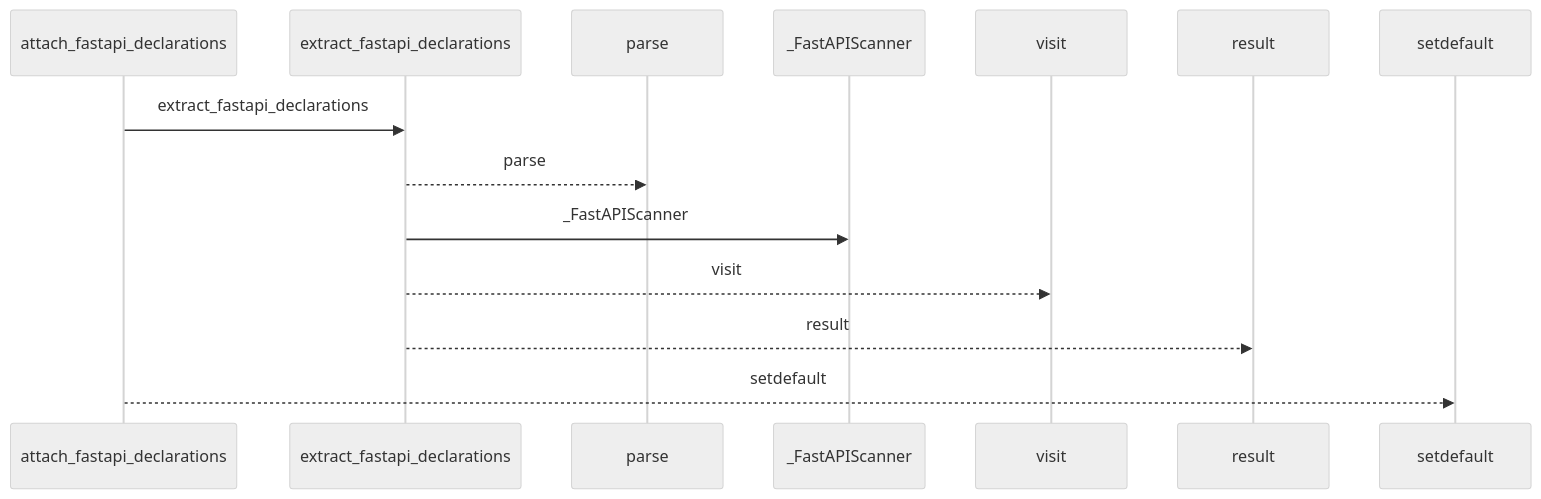
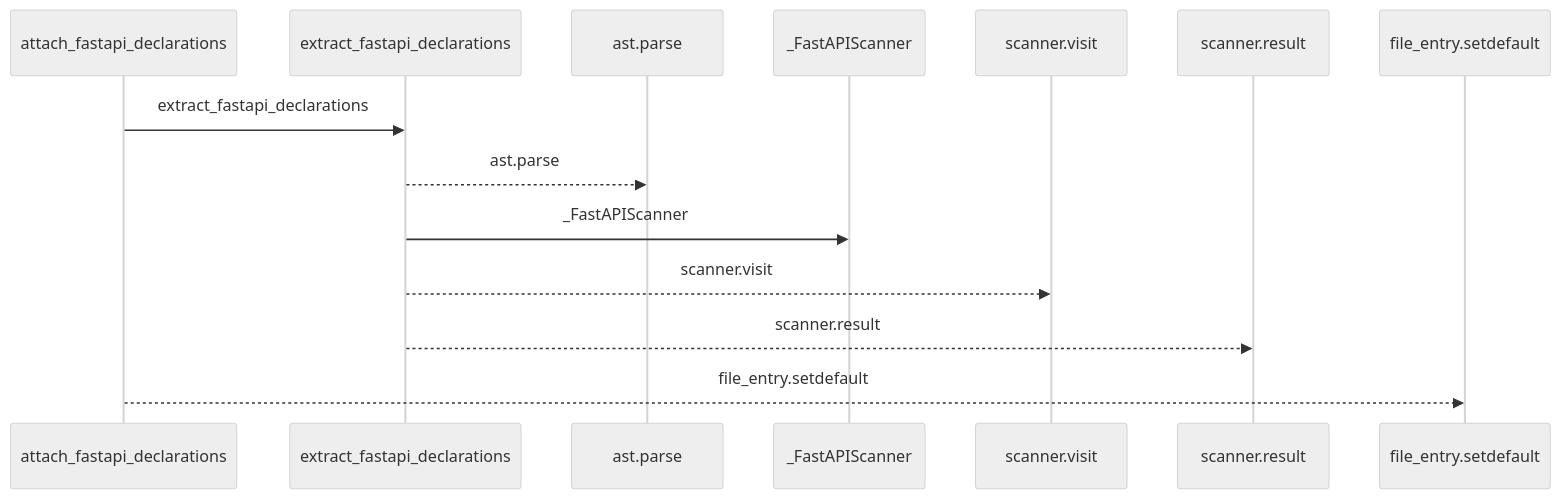
One commit to Denissvgn/python-wiki-llm changed the first of 2 diagrams in docs/llm_wiki/flows/api-attach_fastapi_declarations.md. Above: the diagram before and after it, drawn with Mermaid (neutral theme). The commit also changed other lines of this file and 719 other files, not shown here.

````diff
--- a/docs/llm_wiki/flows/api-attach_fastapi_declarations.md
+++ b/docs/llm_wiki/flows/api-attach_fastapi_declarations.md
@@ -10,16 +10,16 @@
 ```mermaid
 sequenceDiagram
     participant p0 as attach_fastapi_declarations
     participant p1 as extract_fastapi_declarations
-    participant p2 as parse
+    participant p2 as ast.parse
     participant p3 as _FastAPIScanner
-    participant p4 as visit
-    participant p5 as result
-    participant p6 as setdefault
+    participant p4 as scanner.visit
+    participant p5 as scanner.result
+    participant p6 as file_entry.setdefault
     p0->>p1: extract_fastapi_declarations
-    p1-->>p2: parse
+    p1-->>p2: ast.parse
     p1->>p3: _FastAPIScanner
-    p1-->>p4: visit
-    p1-->>p5: result
-    p0-->>p6: setdefault
+    p1-->>p4: scanner.visit
+    p1-->>p5: scanner.result
+    p0-->>p6: file_entry.setdefault
 ```
````
